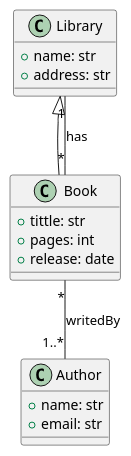
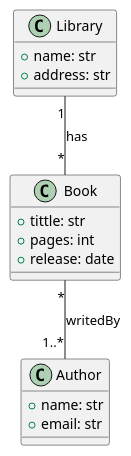
One commit to BESSER-PEARL/ModelObsolescence changed the diagram in basic_example/target_model.plantuml. Above: the diagram before and after it, drawn with PlantUML. The commit also changed 2 other files, not shown here.

```diff
--- a/basic_example/target_model.plantuml
+++ b/basic_example/target_model.plantuml
@@ -1,23 +1,23 @@
 @startuml
 skinparam groupInheritance 2
 
 class Library {
 + name: str
 + address: str
 }
 
-class Book extends Library{
+class Book{
 + tittle: str
 + pages: int
 + release: date
 }
 
 class Author {
 + name: str
 + email: str 
 }
 
 Book "*" -- "1..*" Author: writedBy
 Library "1" -- "*" Book: has
 
 @enduml
```
